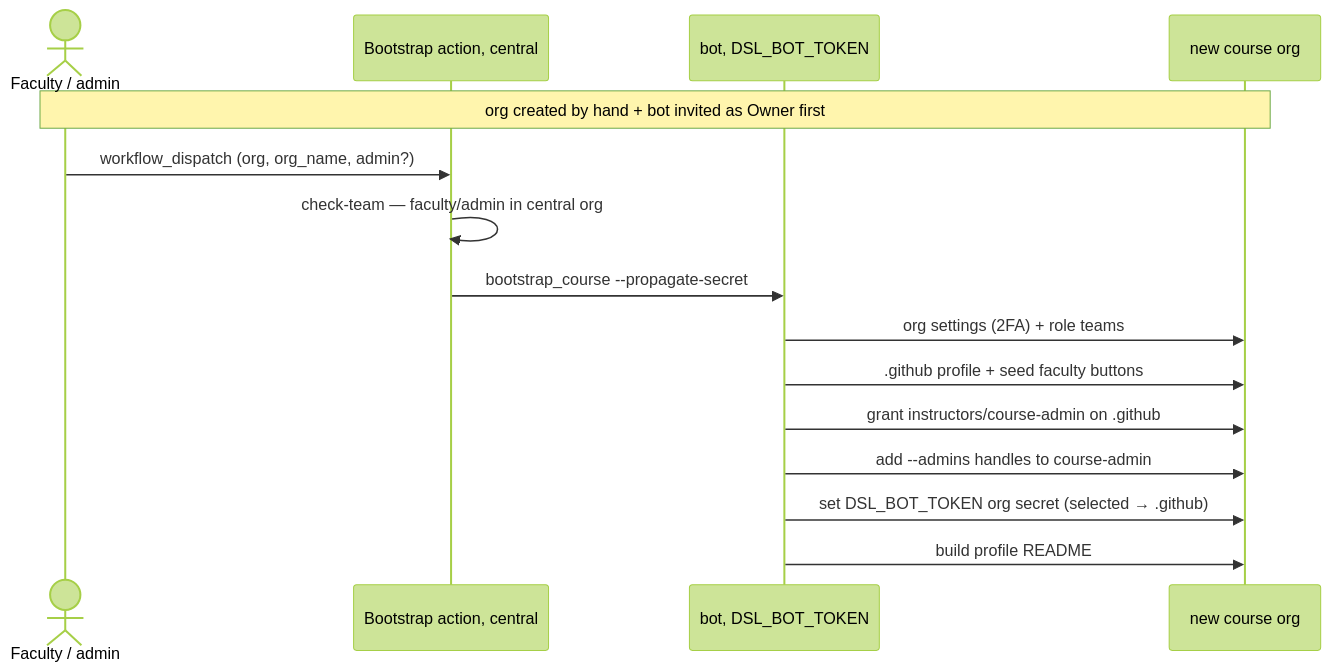
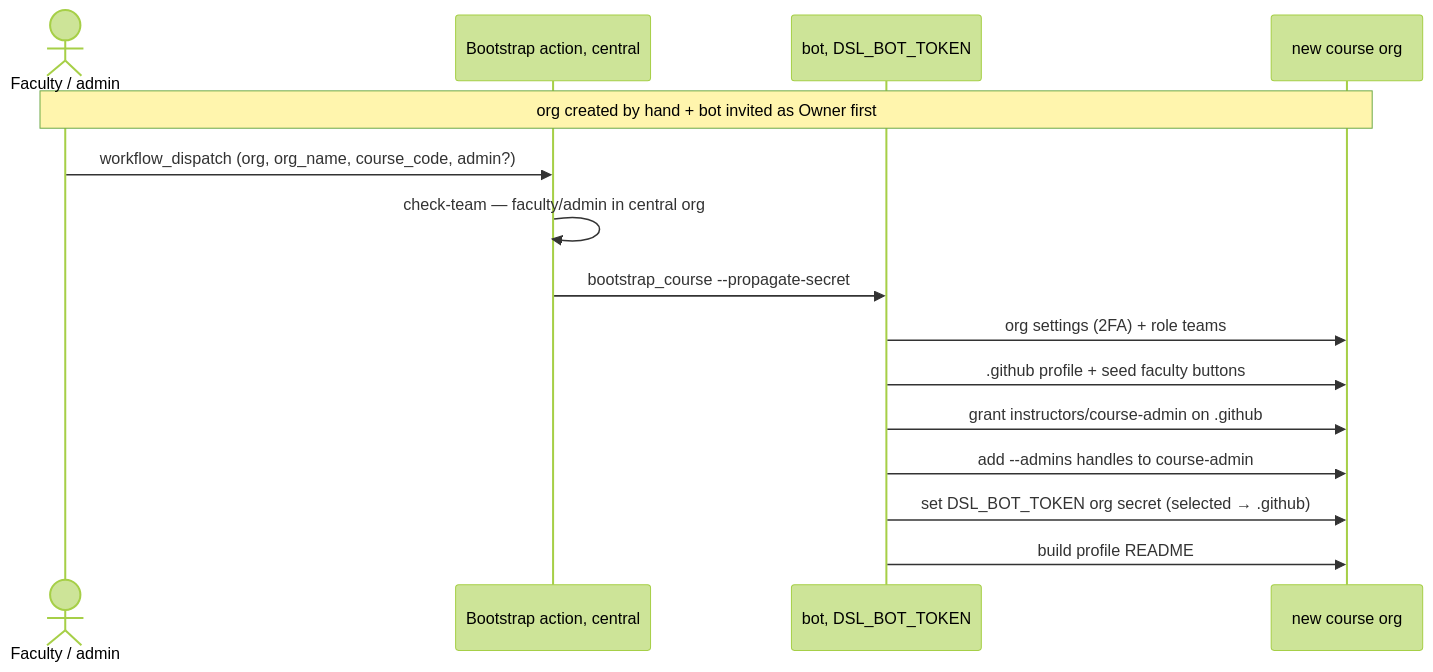
The fourth of 9 diagrams in docs/ARCHITECTURE.md (hertie-data-science-lab/dsl-teaching-course-setup), drawn with Mermaid (forest theme) before and after one commit. The commit also changed other lines of this file and 2 other files, not shown here.

First line of the commit message:
refactor(bootstrap): course-only bootstrap UI, drop dead/duplicate inputs

````diff
--- a/docs/ARCHITECTURE.md
+++ b/docs/ARCHITECTURE.md
@@ -114,17 +114,17 @@
 ```mermaid
 sequenceDiagram
   actor F as Faculty / admin
   participant A as Bootstrap action, central
   participant Bot as bot, DSL_BOT_TOKEN
   participant Org as new course org
   Note over F,Org: org created by hand + bot invited as Owner first
-  F->>A: workflow_dispatch (org, org_name, admin?)
+  F->>A: workflow_dispatch (org, org_name, course_code, admin?)
   A->>A: check-team — faculty/admin in central org
   A->>Bot: bootstrap_course --propagate-secret
   Bot->>Org: org settings (2FA) + role teams
   Bot->>Org: .github profile + seed faculty buttons
   Bot->>Org: grant instructors/course-admin on .github
   Bot->>Org: add --admins handles to course-admin
   Bot->>Org: set DSL_BOT_TOKEN org secret (selected → .github)
   Bot->>Org: build profile README
 ```
````
